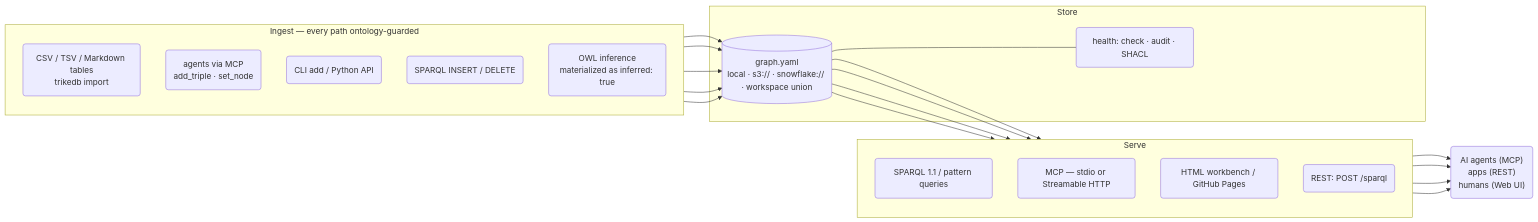
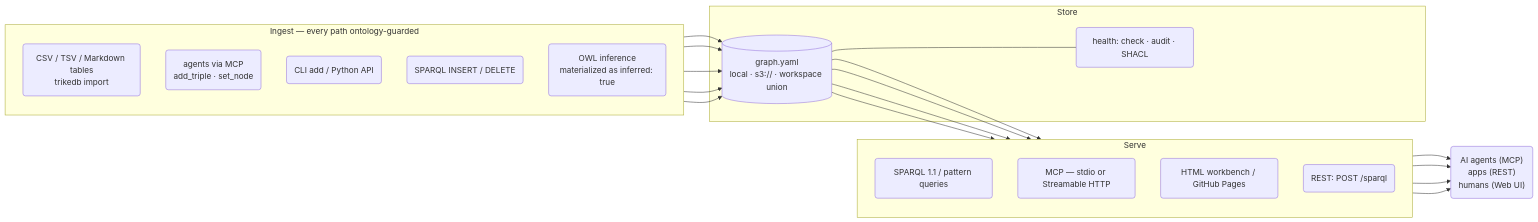
Before and after one commit to RyutoYoda/trikedb: the first of 2 diagrams in docs/REFERENCE.md, drawn with Mermaid. The commit also changed other lines of this file and 53 other files, not shown here.

First line of the commit message:
Remove warehouse graph-document storage (#65)

````diff
--- a/docs/REFERENCE.md
+++ b/docs/REFERENCE.md
@@ -21,41 +21,41 @@
 ```mermaid
 flowchart LR
     subgraph ingest["Ingest — every path ontology-guarded"]
         direction TB
         I1("CSV / TSV / Markdown tables<br/>trikedb import")
         I2("agents via MCP<br/>add_triple · set_node")
         I3("CLI add / Python API")
         I4("SPARQL INSERT / DELETE")
         I5("OWL inference<br/>materialized as inferred: true")
     end
 
     subgraph store["Store"]
-        Y[("graph.yaml<br/>local · s3:// · snowflake:// · workspace union")]
+        Y[("graph.yaml<br/>local · s3:// · workspace union")]
         H("health: check · audit · SHACL")
     end
 
     subgraph serve["Serve"]
         direction TB
         S1("SPARQL 1.1 / pattern queries")
         S2("MCP — stdio or Streamable HTTP")
         S3("HTML workbench / GitHub Pages")
         S4("REST: POST /sparql")
     end
 
     C("AI agents (MCP)<br/>apps (REST)<br/>humans (Web UI)")
 
     I1 --> Y
     I2 --> Y
     I3 --> Y
     I4 --> Y
     I5 --> Y
     Y --- H
     Y --> S1
     Y --> S2
     Y --> S3
     Y --> S4
     S1 --> C
     S2 --> C
     S3 --> C
     S4 --> C
 ```
````
